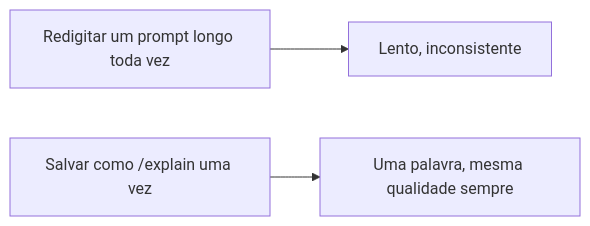
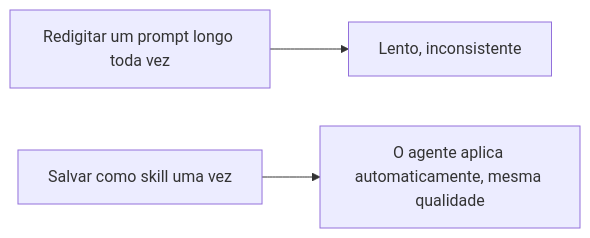
The diagram in content/ai/a06.pt.md (KakkoiDev/izumo-io), drawn with Mermaid before and after one commit. The commit also changed other lines of this file and 39 other files, not shown here.

````diff
--- a/content/ai/a06.pt.md
+++ b/content/ai/a06.pt.md
@@ -39,5 +33,5 @@
 ```mermaid
 flowchart LR
     A[Redigitar um prompt longo toda vez] --> B[Lento, inconsistente]
-    C["Salvar como /explain uma vez"] --> D[Uma palavra, mesma qualidade sempre]
+    C[Salvar como skill uma vez] --> D[O agente aplica automaticamente, mesma qualidade]
 ```
````
